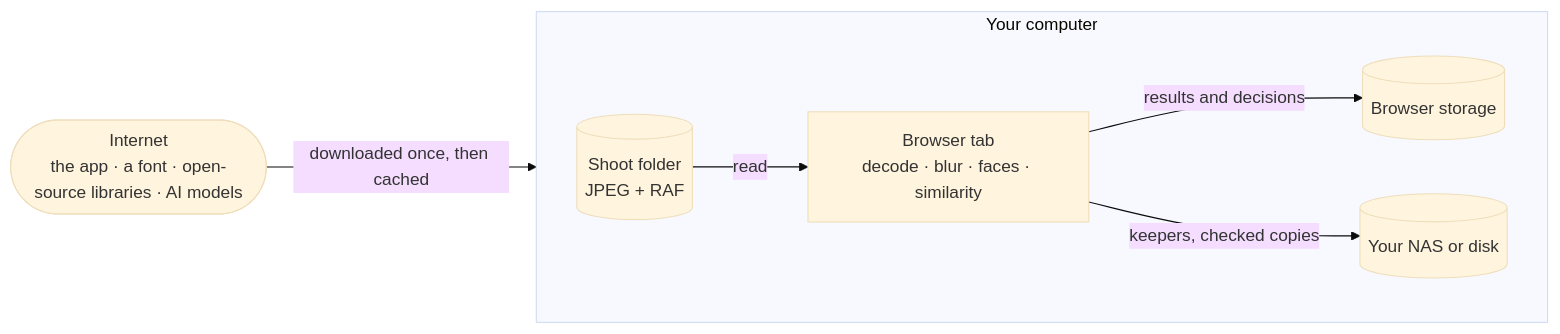
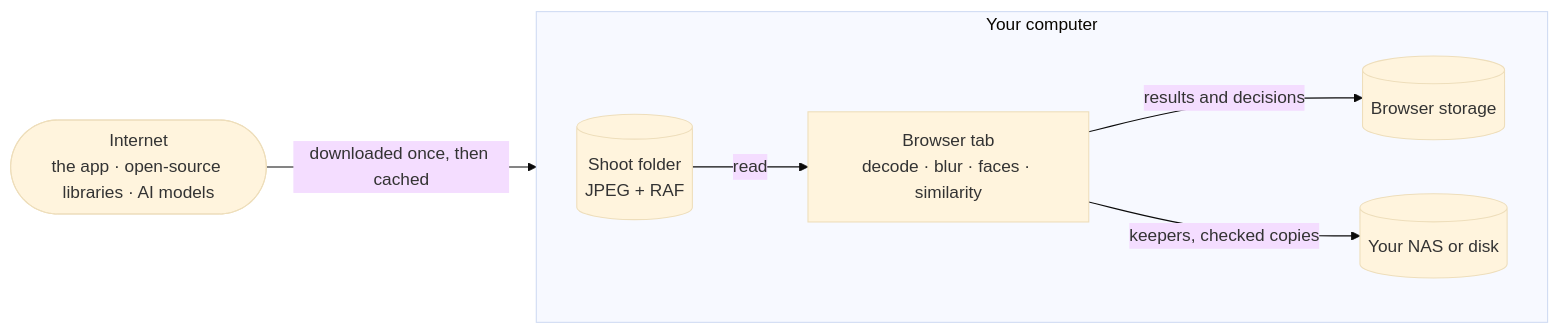
Before and after one commit to brunoaclopes/nitido: the diagram in README.md, drawn with Mermaid (base theme). The commit also changed other lines of this file and 29 other files, not shown here.

````diff
--- a/README.md
+++ b/README.md
@@ -38,10 +38,10 @@
 ```mermaid
 flowchart LR
-  NET(["Internet<br/>the app · a font · open-source libraries · AI models"]) -- "downloaded once, then cached" --> TAB
+  NET(["Internet<br/>the app · open-source libraries · AI models"]) -- "downloaded once, then cached" --> TAB
   subgraph PC["Your computer"]
     direction LR
     CARD[("Shoot folder<br/>JPEG + RAF")] -- read --> TAB["Browser tab<br/>decode · blur · faces · similarity"]
     TAB -- "results and decisions" --> DB[("Browser storage")]
     TAB -- "keepers, checked copies" --> NAS[("Your NAS or disk")]
   end
 ```
````
